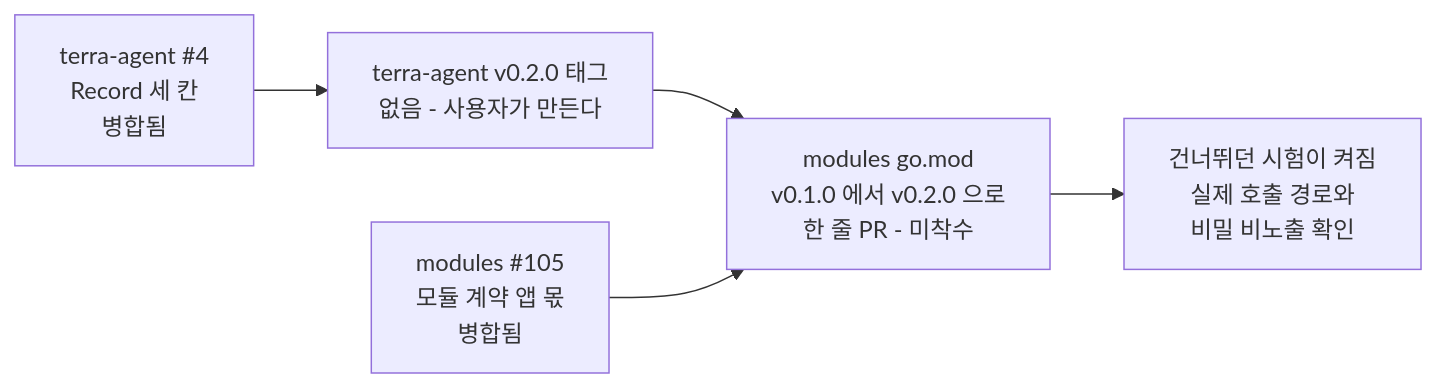
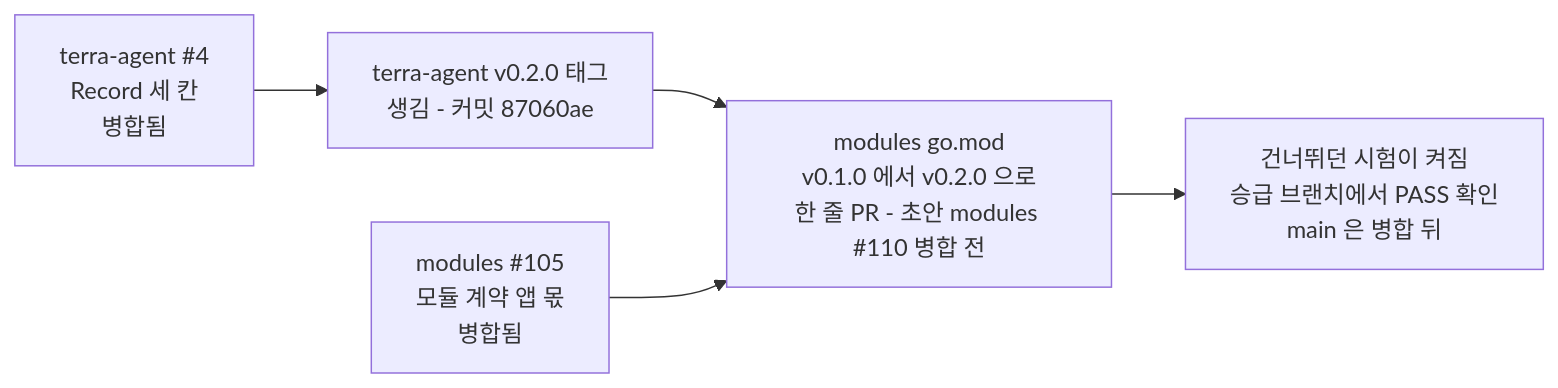
Before and after one commit to StellaxiaLab/modules: the second of 2 diagrams in common/io.terra.agent/web/design/terra-agent-gui-plan.md, drawn with Mermaid. The commit also changed other lines of this file and 2 other files, not shown here.

First line of the commit message:
docs(io.terra.agent): terra-agent v0.2.0 태그가 생긴 사실과 go.mod 승급을 반영한다

````diff
--- a/common/io.terra.agent/web/design/terra-agent-gui-plan.md
+++ b/common/io.terra.agent/web/design/terra-agent-gui-plan.md
@@ -290,7 +290,7 @@
 ```mermaid
 flowchart LR
-    A["terra-agent #4<br/>Record 세 칸<br/>병합됨"] --> B["terra-agent v0.2.0 태그<br/>없음 - 사용자가 만든다"]
-    B --> C["modules go.mod<br/>v0.1.0 에서 v0.2.0 으로<br/>한 줄 PR - 미착수"]
-    C --> D["건너뛰던 시험이 켜짐<br/>실제 호출 경로와<br/>비밀 비노출 확인"]
+    A["terra-agent #4<br/>Record 세 칸<br/>병합됨"] --> B["terra-agent v0.2.0 태그<br/>생김 - 커밋 87060ae"]
+    B --> C["modules go.mod<br/>v0.1.0 에서 v0.2.0 으로<br/>한 줄 PR - 초안 modules #110 병합 전"]
+    C --> D["건너뛰던 시험이 켜짐<br/>승급 브랜치에서 PASS 확인<br/>main 은 병합 뒤"]
     M["modules #105<br/>모듈 계약 앱 몫<br/>병합됨"] --> C
 ```
````
